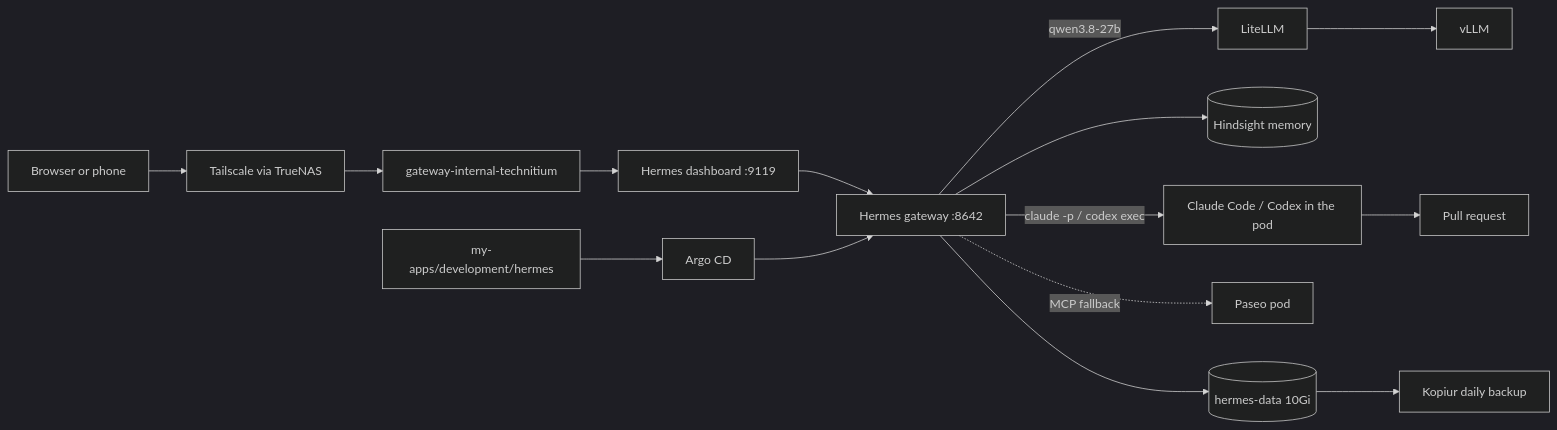
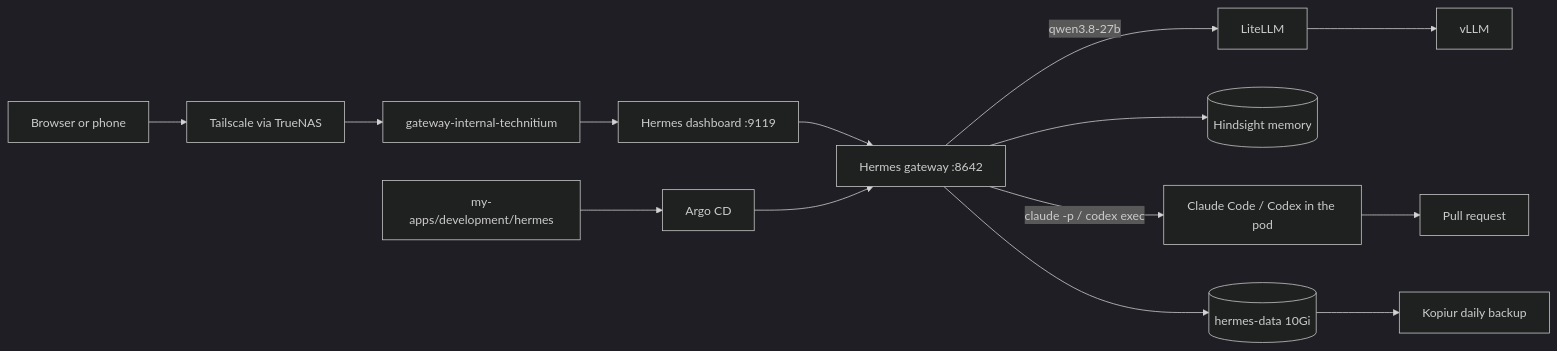
Before and after one commit to mitchross/talos-argocd-proxmox: the diagram in docs/domains/ai-gpu/hermes.md, drawn with Mermaid (dark theme). The commit also changed other lines of this file and 4 other files, not shown here.

First line of the commit message:
fix(hermes): remove the Paseo MCP fallback

````diff
--- a/docs/domains/ai-gpu/hermes.md
+++ b/docs/domains/ai-gpu/hermes.md
@@ -12,11 +12,10 @@
 ```mermaid
 flowchart LR
     Client[Browser or phone] --> TS[Tailscale via TrueNAS] --> GW[gateway-internal-technitium] --> Dash[Hermes dashboard :9119]
     Dash --> Gateway[Hermes gateway :8642]
     Gateway -->|qwen3.8-27b| LiteLLM --> vLLM
     Gateway --> Hindsight[(Hindsight memory)]
     Gateway -->|claude -p / codex exec| Agents[Claude Code / Codex in the pod] --> GitHub[Pull request]
-    Gateway -.->|MCP fallback| Paseo[Paseo pod]
     Git[my-apps/development/hermes] --> Argo[Argo CD] --> Gateway
     Gateway --> Vol[(hermes-data 10Gi)] --> Kopiur[Kopiur daily backup]
 ```
````
